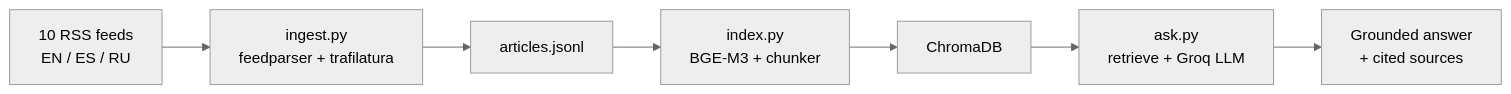
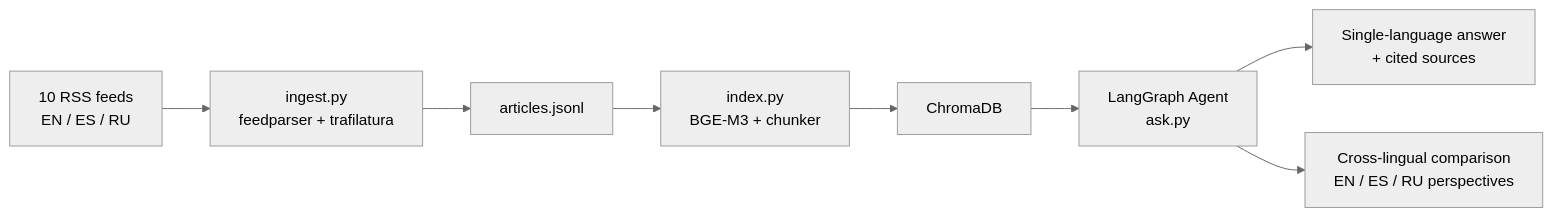
One commit to msalunina/news-prisma changed the first of 2 diagrams in README.md. Above: the diagram before and after it, drawn with Mermaid (neutral theme). The commit also changed other lines of this file and 6 other files, not shown here.

````diff
--- a/README.md
+++ b/README.md
@@ -28,9 +28,10 @@
 ```mermaid
 flowchart LR
     RSS["10 RSS feeds\nEN / ES / RU"] --> Ingest["ingest.py\nfeedparser + trafilatura"]
     Ingest --> JSONL["articles.jsonl"]
     JSONL --> Index["index.py\nBGE-M3 + chunker"]
     Index --> Chroma["ChromaDB"]
-    Chroma --> RAG["ask.py\nretrieve + Groq LLM"]
-    RAG --> Answer["Grounded answer\n+ cited sources"]
+    Chroma --> Agent["LangGraph Agent\nask.py"]
+    Agent --> Single["Single-language answer\n+ cited sources"]
+    Agent --> Compare["Cross-lingual comparison\nEN / ES / RU perspectives"]
 ```
````
